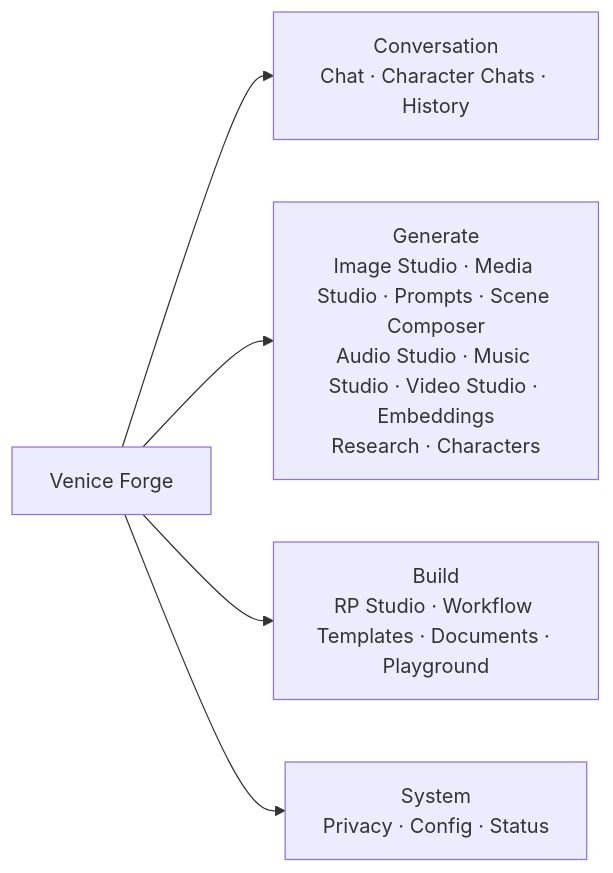
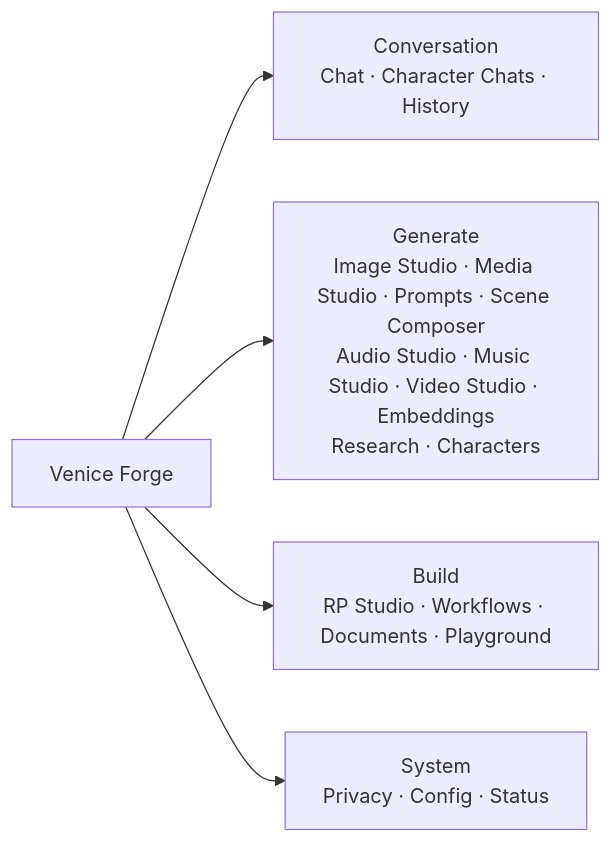
Before and after one commit to spearchucker667/Venice_Forge: the diagram in README.md, drawn with Mermaid. The commit also changed other lines of this file and 41 other files, not shown here.

````diff
--- a/README.md
+++ b/README.md
@@ -88,8 +88,8 @@
 ```mermaid
 flowchart LR
   VF["Venice Forge"]
   VF --> Conversation["Conversation<br/>Chat · Character Chats · History"]
   VF --> Generate["Generate<br/>Image Studio · Media Studio · Prompts · Scene Composer<br/>Audio Studio · Music Studio · Video Studio · Embeddings<br/>Research · Characters"]
-  VF --> Build["Build<br/>RP Studio · Workflow Templates · Documents · Playground"]
+  VF --> Build["Build<br/>RP Studio · Workflows · Documents · Playground"]
   VF --> System["System<br/>Privacy · Config · Status"]
 ```
````
